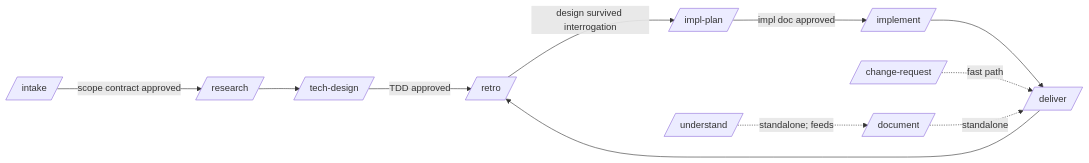
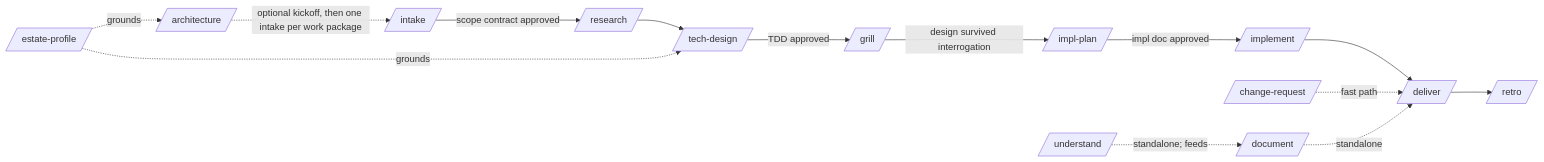
The diagram in README.md (Loneranger001/software_engineer_stack), drawn with Mermaid before and after one commit. The commit also changed other lines of this file and 34 other files, not shown here.

````diff
--- a/README.md
+++ b/README.md
@@ -7,14 +7,18 @@
 ```mermaid
 flowchart LR
+    AR[/architecture/] -.->|optional kickoff, then one intake per work package| A
     A[/intake/] -->|scope contract approved| B[/research/]
     B --> C[/tech-design/]
     C -->|TDD approved| G[/grill/]
     G -->|design survived interrogation| D[/impl-plan/]
     D -->|impl doc approved| E[/implement/]
     E --> F[/deliver/]
-    F --> G[/retro/]
+    F --> R[/retro/]
+
+    EP[/estate-profile/] -.grounds.-> AR
+    EP -.grounds.-> C
 
     CR[/change-request/] -.fast path.-> F
     DOC[/document/] -.standalone.-> F
     UND[/understand/] -.standalone; feeds.-> DOC
 ```
````
